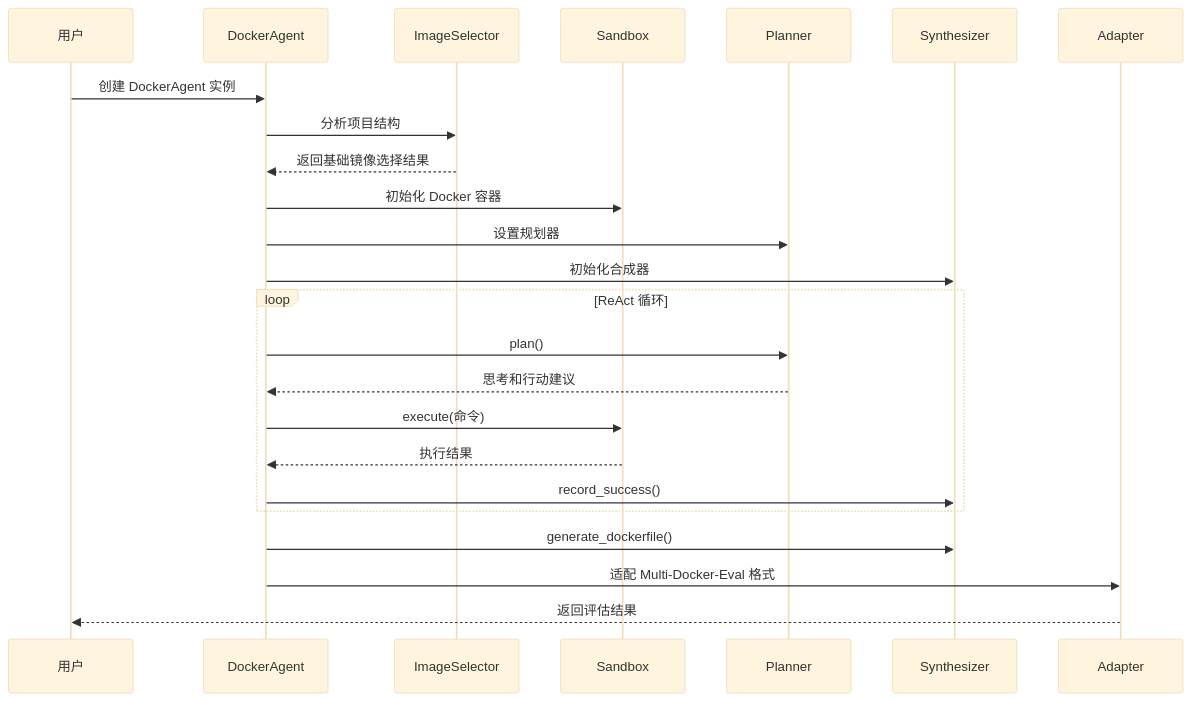
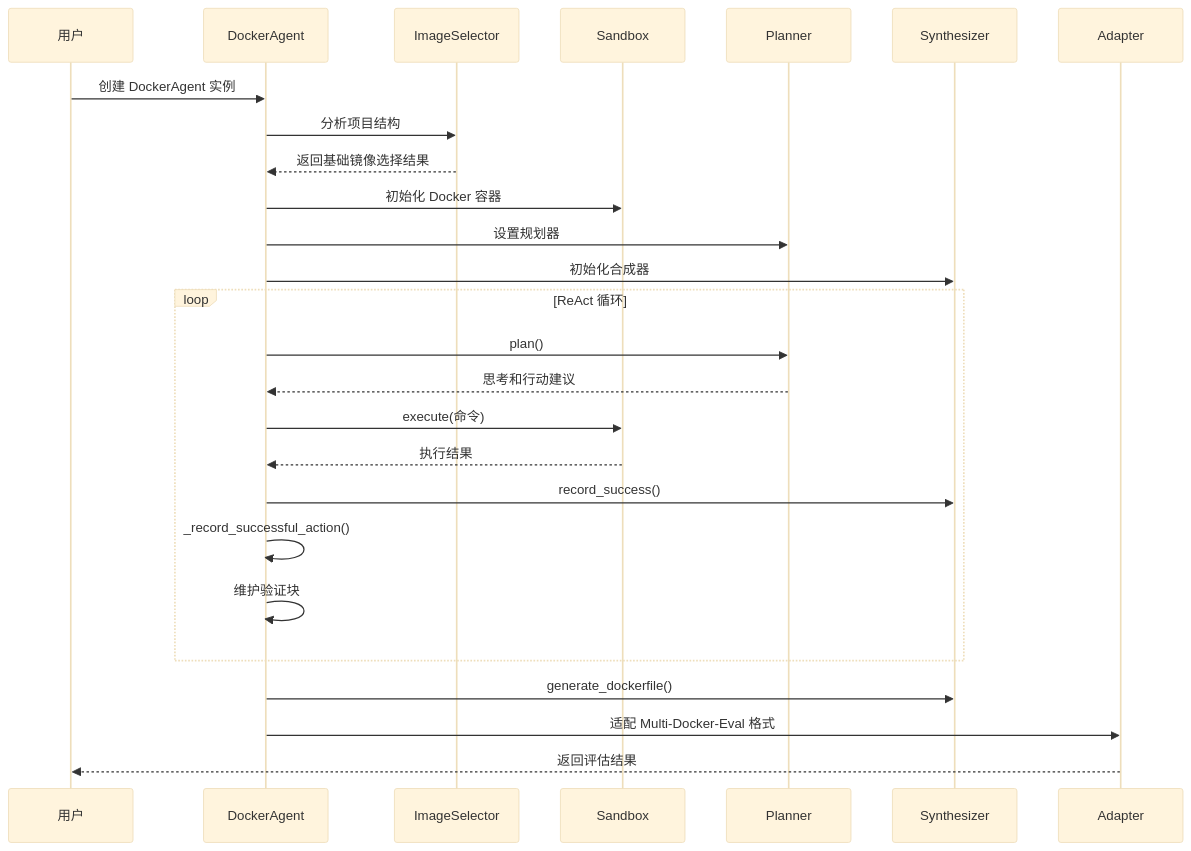
One commit to Jayint/Jayint-repo changed the second of 12 diagrams in .qoder/repowiki/zh/content/核心组件/DockerAgent 主类/DockerAgent 主类.md. Above: the diagram before and after it, drawn with Mermaid (base theme). The commit also changed other lines of this file and 497 other files, not shown here.

````diff
--- a/.qoder/repowiki/zh/content/核心组件/DockerAgent 主类/DockerAgent 主类.md
+++ b/.qoder/repowiki/zh/content/核心组件/DockerAgent 主类/DockerAgent 主类.md
@@ -96,26 +111,28 @@
 ```mermaid
 sequenceDiagram
 participant U as 用户
 participant DA as DockerAgent
 participant IS as ImageSelector
 participant SB as Sandbox
 participant PL as Planner
 participant SY as Synthesizer
 participant AD as Adapter
 U->>DA : 创建 DockerAgent 实例
 DA->>IS : 分析项目结构
 IS-->>DA : 返回基础镜像选择结果
 DA->>SB : 初始化 Docker 容器
 DA->>PL : 设置规划器
 DA->>SY : 初始化合成器
 loop ReAct 循环
 DA->>PL : plan()
 PL-->>DA : 思考和行动建议
 DA->>SB : execute(命令)
 SB-->>DA : 执行结果
 DA->>SY : record_success()
+DA->>DA : _record_successful_action()
+DA->>DA : 维护验证块
 end
 DA->>SY : generate_dockerfile()
 DA->>AD : 适配 Multi-Docker-Eval 格式
 AD-->>U : 返回评估结果
 ```
````
